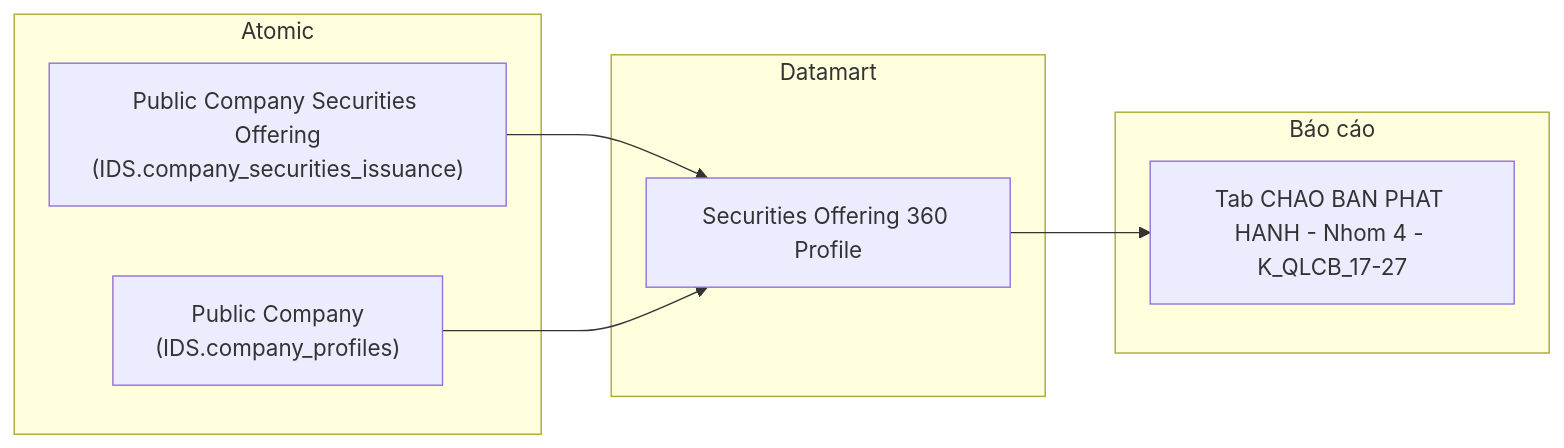
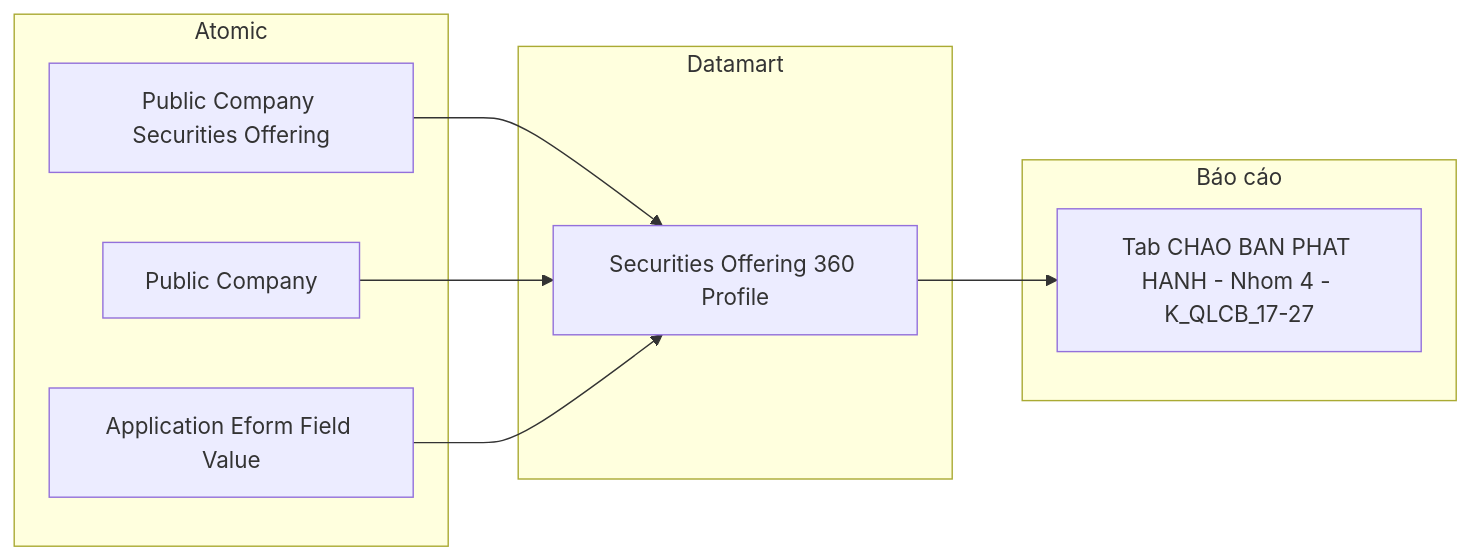
The ninth of 18 diagrams in Datamart/hld/DTM_QLCB_HLD.md (linhlvit/ubck_atomic_design), drawn with Mermaid before and after one commit. The commit also changed other lines of this file and 2 other files, not shown here.

````diff
--- a/Datamart/hld/DTM_QLCB_HLD.md
+++ b/Datamart/hld/DTM_QLCB_HLD.md
@@ -435,16 +496,18 @@
 ```mermaid
 flowchart LR
     subgraph SIL["Atomic"]
-        SV1["Public Company Securities Offering\n(IDS.company_securities_issuance)"]
-        SV2["Public Company\n(IDS.company_profiles)"]
+        SV1["Public Company Securities Offering"]
+        SV2["Public Company"]
+        SV3["Application Eform Field Value"]
     end
     subgraph Datamart["Datamart"]
         G1["Securities Offering 360 Profile"]
     end
     subgraph RPT["Báo cáo"]
         R4["Tab CHAO BAN PHAT HANH - Nhom 4 - K_QLCB_17-27"]
     end
     SV1 --> G1
     SV2 --> G1
+    SV3 --> G1
     G1 --> R4
 ```
````
